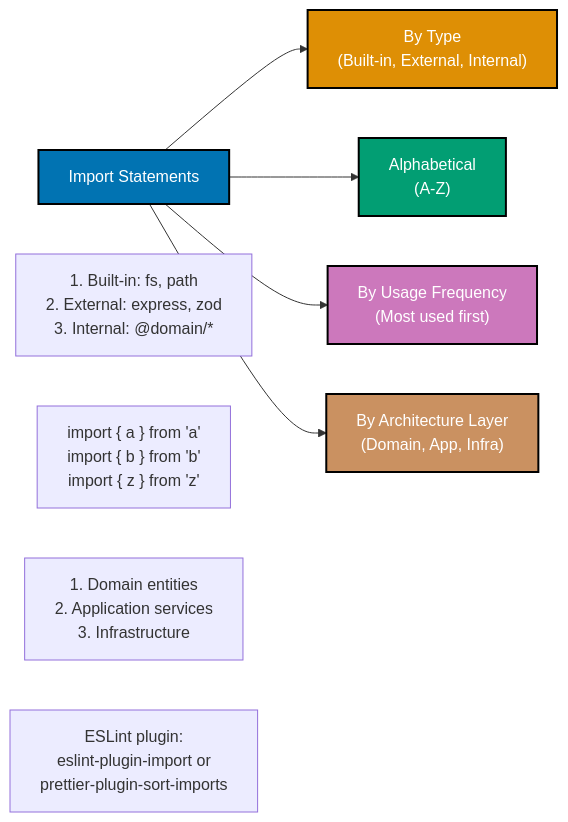
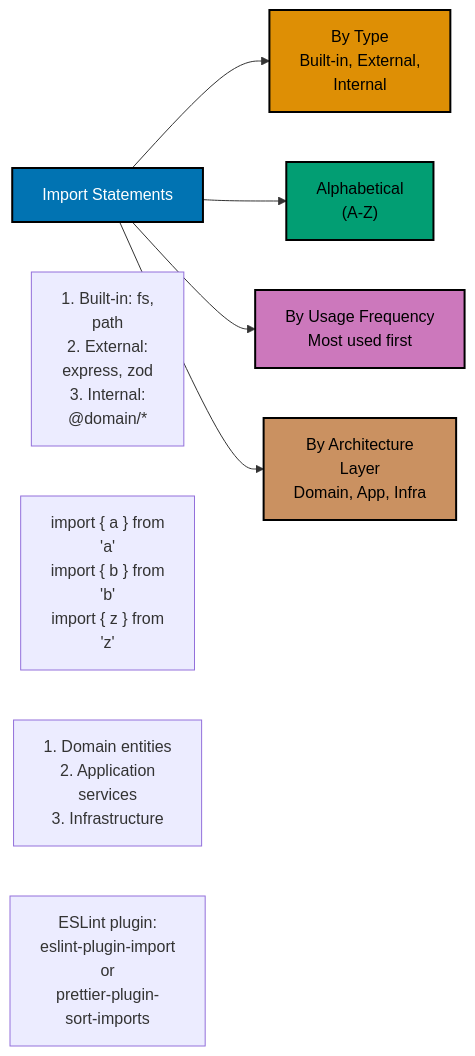
Before and after one commit to wahidyankf/ose-public: the fifth of 6 diagrams in docs/explanation/software-engineering/programming-languages/typescript/linting-and-formatting.md, drawn with Mermaid. The commit also changed other lines of this file and 57 other files, not shown here.

First line of the commit message:
docs(diagrams): make docs diagrams accessible

````diff
--- a/docs/explanation/software-engineering/programming-languages/typescript/linting-and-formatting.md
+++ b/docs/explanation/software-engineering/programming-languages/typescript/linting-and-formatting.md
@@ -226,27 +234,29 @@
 ```mermaid
 %% Color Palette: Blue #0173B2, Orange #DE8F05, Teal #029E73, Purple #CC78BC, Brown #CA9161
 graph LR
+    accTitle: Import Sorting Strategies
+    accDescr: Import Statements leads to By Type Built-in, External, Internal; Import Statements leads to Alphabetical A-Z; Import Statements leads to By Usage Frequency Most used first; and 1 more links.
     Imports["Import Statements"]:::blue
 
-    ByType["By Type<br/>(Built-in, External, Internal)"]:::orange
+    ByType["By Type<br/>Built-in, External,<br/>Internal"]:::orange
     ByAlpha["Alphabetical<br/>#40;A-Z#41;"]:::teal
-    ByUsage["By Usage Frequency<br/>#40;Most used first#41;"]:::purple
-    ByLayer["By Architecture Layer<br/>#40;Domain, App, Infra#41;"]:::brown
+    ByUsage["By Usage Frequency<br/>Most used first"]:::purple
+    ByLayer["By Architecture<br/>Layer<br/>Domain, App, Infra"]:::brown
 
     Imports --> ByType
     Imports --> ByAlpha
     Imports --> ByUsage
     Imports --> ByLayer
 
-    TypeExample["1. Built-in: fs, path<br/>2. External: express, zod<br/>3. Internal: @domain/*"]
-    AlphaExample["import { a } from 'a'<br/>import { b } from 'b'<br/>import { z } from 'z'"]
-    LayerExample["1. Domain entities<br/>2. Application services<br/>3. Infrastructure"]
+    TypeExample["1. Built-in: fs,<br/>path<br/>2. External:<br/>express, zod<br/>3. Internal:<br/>@domain/*"]
+    AlphaExample["import { a } from<br/>'a'<br/>import { b } from<br/>'b'<br/>import { z } from<br/>'z'"]
+    LayerExample["1. Domain entities<br/>2. Application<br/>services<br/>3. Infrastructure"]
 
-    Note1["ESLint plugin:<br/>eslint-plugin-import or<br/>prettier-plugin-sort-imports"]
+    Note1["ESLint plugin:<br/>eslint-plugin-import<br/>or<br/>prettier-plugin-<br/>sort-imports"]
 
     classDef blue fill:#0173B2,stroke:#000000,color:#FFFFFF,stroke-width:2px
-    classDef orange fill:#DE8F05,stroke:#000000,color:#FFFFFF,stroke-width:2px
-    classDef teal fill:#029E73,stroke:#000000,color:#FFFFFF,stroke-width:2px
-    classDef purple fill:#CC78BC,stroke:#000000,color:#FFFFFF,stroke-width:2px
-    classDef brown fill:#CA9161,stroke:#000000,color:#FFFFFF,stroke-width:2px
+    classDef orange fill:#DE8F05,stroke:#000000,color:#000000,stroke-width:2px
+    classDef teal fill:#029E73,stroke:#000000,color:#000000,stroke-width:2px
+    classDef purple fill:#CC78BC,stroke:#000000,color:#000000,stroke-width:2px
+    classDef brown fill:#CA9161,stroke:#000000,color:#000000,stroke-width:2px
 ```
````
